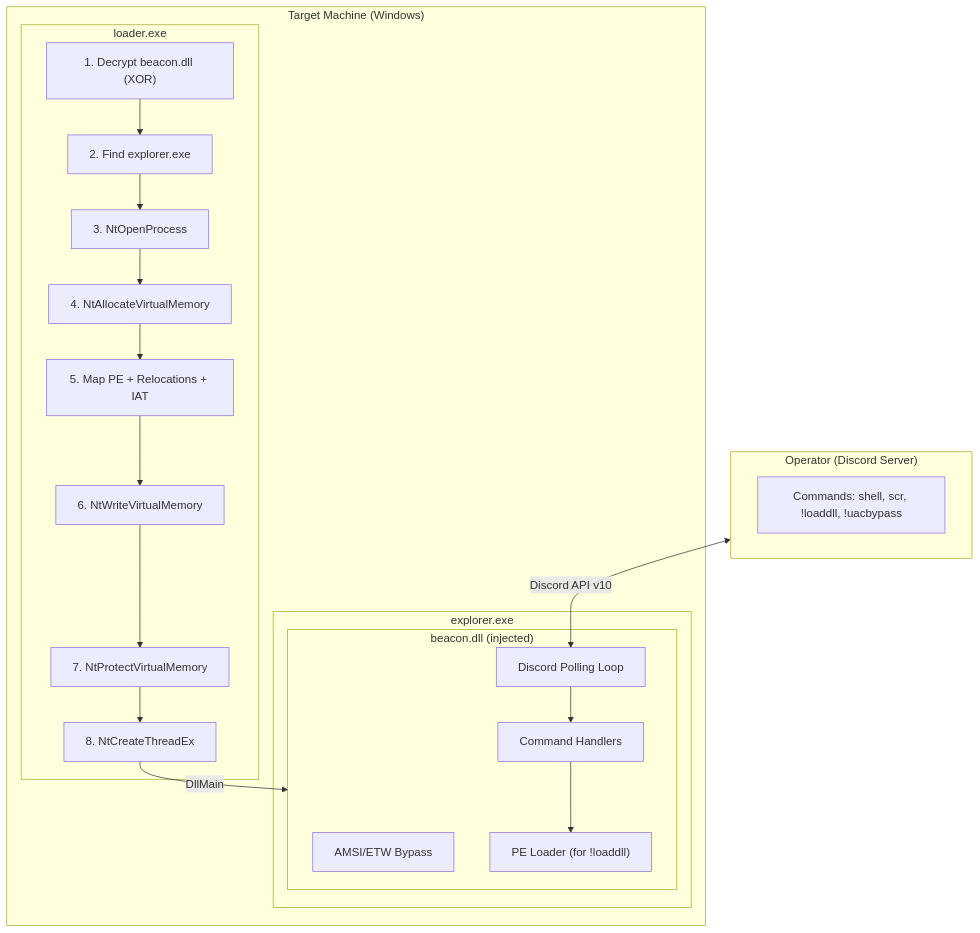
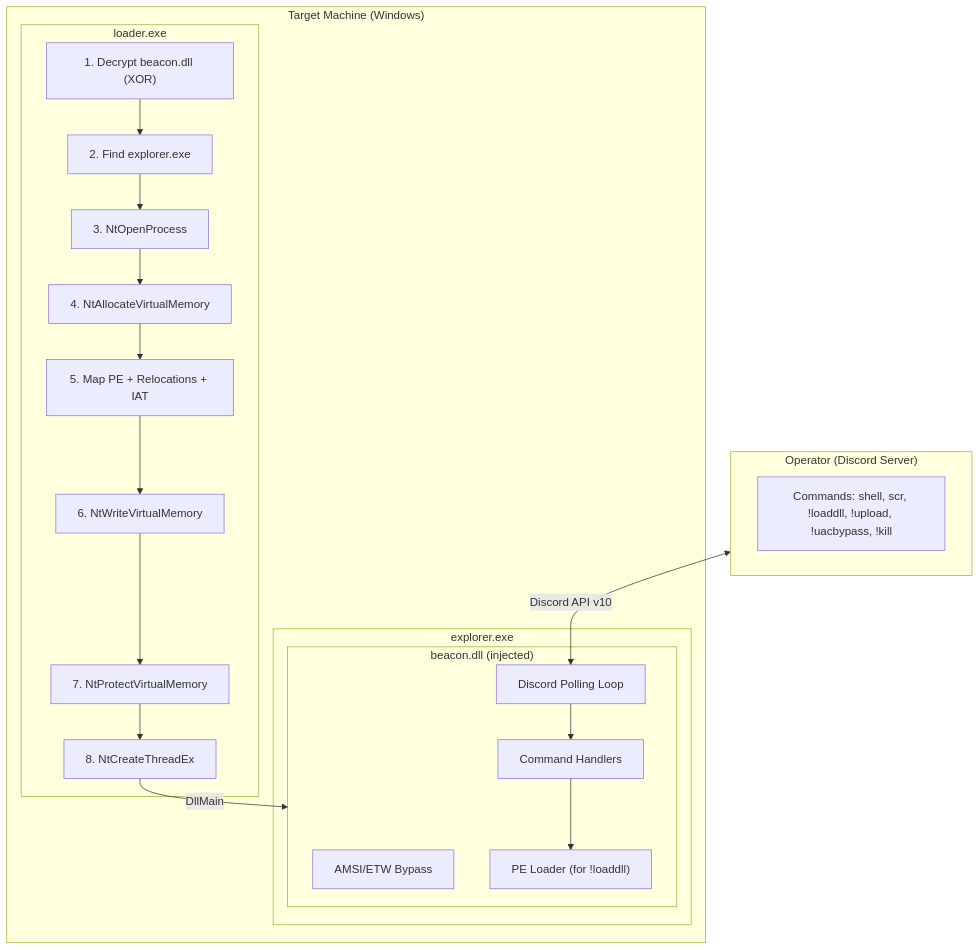
Before and after one commit to Glutenfree69/FrameworkC2: the first of 9 diagrams in README.md, drawn with Mermaid. The commit also changed other lines of this file, not shown here.

Commit message:
:memo: Update README with !upload, !kill commands and fix beacon path

````diff
--- a/README.md
+++ b/README.md
@@ -19,36 +19,36 @@
 ```mermaid
 flowchart TB
     subgraph Operator["Operator (Discord Server)"]
-        Commands["Commands: shell, scr, !loaddll, !uacbypass"]
+        Commands["Commands: shell, scr, !loaddll, !upload, !uacbypass, !kill"]
     end
 
     subgraph Target["Target Machine (Windows)"]
         subgraph LoaderExe["loader.exe"]
             Decrypt["1. Decrypt beacon.dll (XOR)"]
             FindProc["2. Find explorer.exe"]
             OpenProc["3. NtOpenProcess"]
             AllocMem["4. NtAllocateVirtualMemory"]
             MapPE["5. Map PE + Relocations + IAT"]
             WriteMem["6. NtWriteVirtualMemory"]
             Protect["7. NtProtectVirtualMemory"]
             CreateThread["8. NtCreateThreadEx"]
         end
 
         subgraph Explorer["explorer.exe"]
             subgraph BeaconDll["beacon.dll (injected)"]
                 Bypass["AMSI/ETW Bypass"]
                 DiscordLoop["Discord Polling Loop"]
                 PELoader["PE Loader (for !loaddll)"]
                 CmdHandlers["Command Handlers"]
             end
         end
     end
 
     Operator <-->|"Discord API v10"| DiscordLoop
 
     Decrypt --> FindProc --> OpenProc --> AllocMem --> MapPE --> WriteMem --> Protect --> CreateThread
     CreateThread -->|"DllMain"| BeaconDll
 
     DiscordLoop --> CmdHandlers
     CmdHandlers --> PELoader
 ```
````
